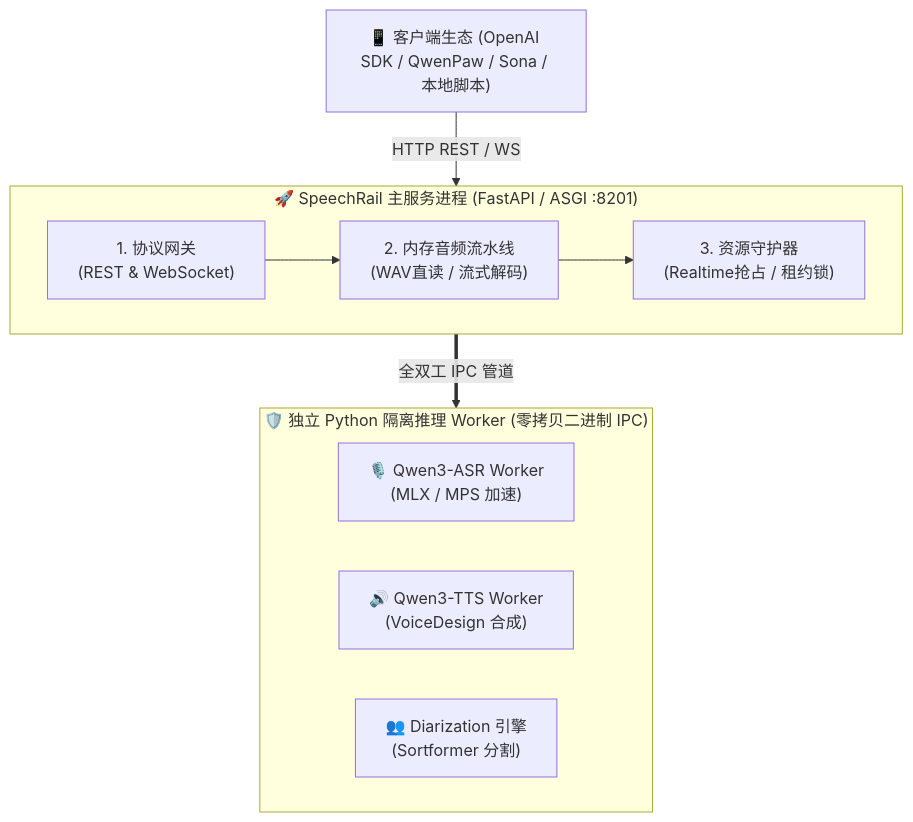
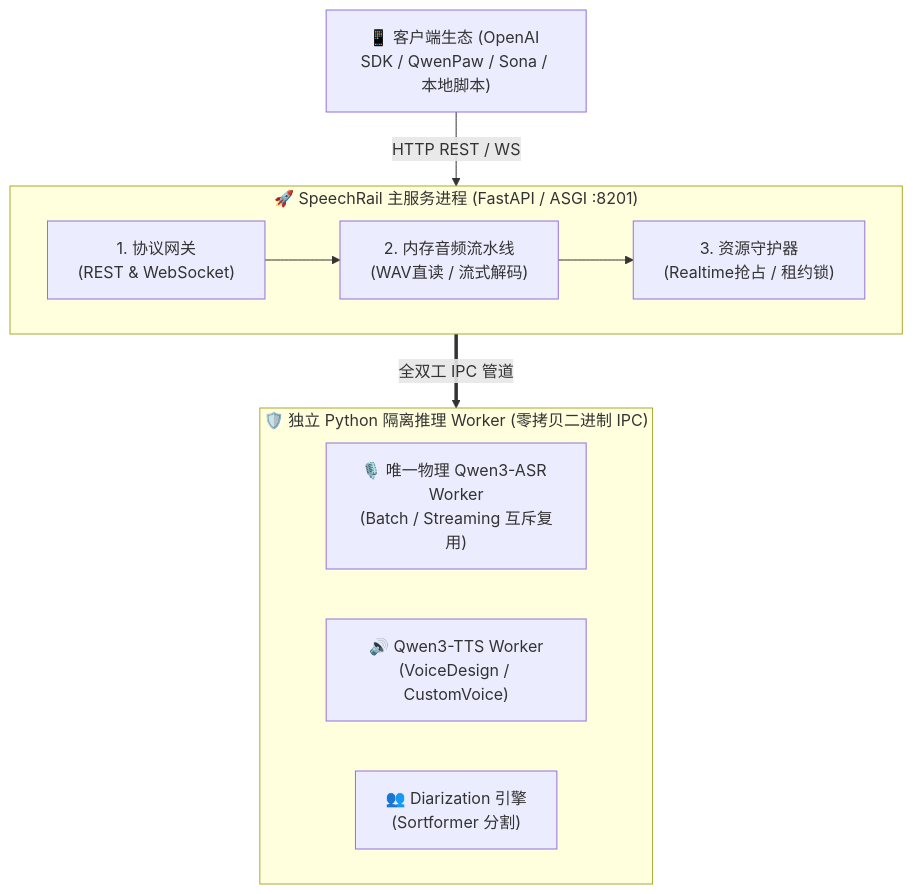
The diagram in README.md (hrygo/SpeechRail), drawn with Mermaid before and after one commit. The commit also changed other lines of this file and 4 other files, not shown here.

````diff
--- a/README.md
+++ b/README.md
@@ -128,22 +128,22 @@
 ```mermaid
 flowchart TD
     Client["📱 客户端生态 (OpenAI SDK / QwenPaw / Sona / 本地脚本)"]
 
     subgraph Host ["🚀 SpeechRail 主服务进程 (FastAPI / ASGI :8201)"]
         direction LR
         GW["1. 协议网关<br/>(REST & WebSocket)"]
         Pipe["2. 内存音频流水线<br/>(WAV直读 / 流式解码)"]
         Gov["3. 资源守护器<br/>(Realtime抢占 / 租约锁)"]
         GW --> Pipe --> Gov
     end
 
     subgraph Workers ["🛡️ 独立 Python 隔离推理 Worker (零拷贝二进制 IPC)"]
         direction LR
-        ASR["🎙️ Qwen3-ASR Worker<br/>(MLX / MPS 加速)"]
-        TTS["🔊 Qwen3-TTS Worker<br/>(VoiceDesign 合成)"]
+        ASR["🎙️ 唯一物理 Qwen3-ASR Worker<br/>(Batch / Streaming 互斥复用)"]
+        TTS["🔊 Qwen3-TTS Worker<br/>(VoiceDesign / CustomVoice)"]
         Diar["👥 Diarization 引擎<br/>(Sortformer 分割)"]
     end
 
     Client -->|"HTTP REST / WS"| Host
     Host ==>|"全双工 IPC 管道"| Workers
 ```
````
